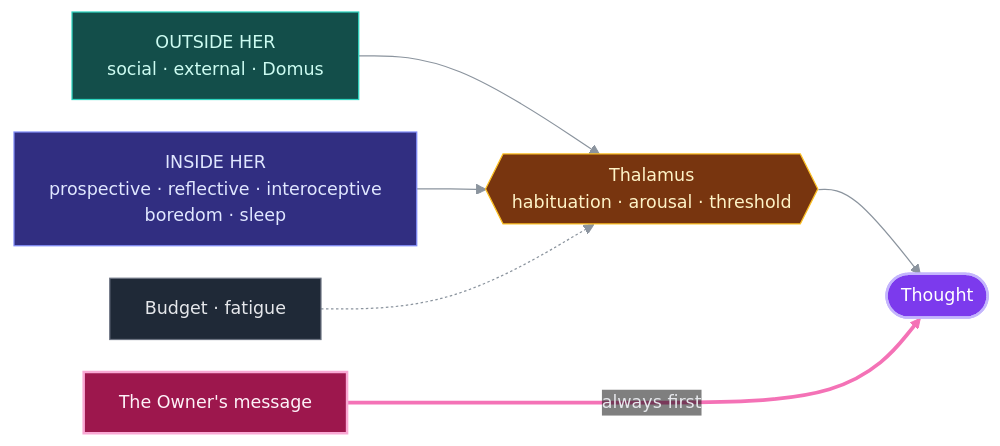
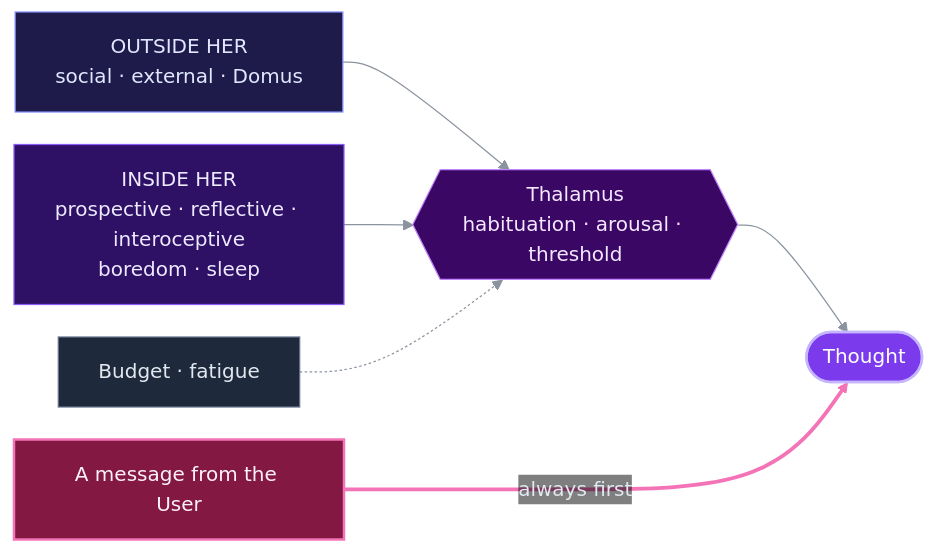
The second of 6 diagrams in README.md (XharvaK/Ashley), drawn with Mermaid before and after one commit. The commit also changed other lines of this file, not shown here.

Commit message:
README: one palette for the diagrams, GitHub's own font (no clipped labels), User instead of Owner

````diff
--- a/README.md
+++ b/README.md
@@ -91,28 +87,27 @@
 ```mermaid
-%%{init: {"theme": "base", "themeVariables": {"fontFamily": "ui-sans-serif, -apple-system, Segoe UI, Helvetica, Arial, sans-serif", "fontSize": "14px", "lineColor": "#8b949e", "textColor": "#8b949e", "edgeLabelBackground": "transparent", "clusterBkg": "transparent", "clusterBorder": "#8b949e", "primaryColor": "#1f2937", "primaryBorderColor": "#6b7280", "primaryTextColor": "#e5e7eb"}, "themeCSS": ".labelBkg, .edgeLabel { background-color: transparent !important; } .cluster-label span, .cluster-label p { letter-spacing: 0.08em; font-size: 12px; }", "flowchart": {"wrappingWidth": 320, "curve": "basis", "nodeSpacing": 26, "rankSpacing": 55, "padding": 14}}}%%
+%%{init: {"theme": "base", "themeVariables": {"lineColor": "#8b949e", "textColor": "#8b949e", "edgeLabelBackground": "transparent", "clusterBkg": "transparent", "clusterBorder": "#8b949e", "primaryColor": "#1e293b", "primaryBorderColor": "#64748b", "primaryTextColor": "#e2e8f0"}, "themeCSS": ".labelBkg, .edgeLabel { background-color: transparent !important; }", "flowchart": {"curve": "basis", "nodeSpacing": 26, "rankSpacing": 55, "padding": 16}}}%%
 flowchart LR
-    OW["The Owner's message"]
+    US["A message from the User"]
     OUT["OUTSIDE HER<br/>social · external · Domus"]
     IN["INSIDE HER<br/>prospective · reflective · interoceptive<br/>boredom · sleep"]
     BU["Budget · fatigue"]
     OUT --> TH{{"Thalamus<br/>habituation · arousal · threshold"}}
     IN --> TH
     BU -.-> TH
     TH --> T(["Thought"])
-    OW ===>|"always first"| T
+    US ===>|"always first"| T
 
-    classDef thought fill:#7c3aed,stroke:#c4b5fd,stroke-width:2px,color:#ffffff
-    classDef self fill:#312e81,stroke:#818cf8,color:#e0e7ff
-    classDef past fill:#134e4a,stroke:#2dd4bf,color:#ccfbf1
-    classDef attn fill:#78350f,stroke:#fbbf24,color:#fef3c7
-    classDef owner fill:#9d174d,stroke:#f9a8d4,stroke-width:2px,color:#fdf2f8
-    classDef mech fill:#1f2937,stroke:#6b7280,color:#e5e7eb
-    classDef gone fill:#1f2937,stroke:#6b7280,stroke-dasharray:4 4,color:#9ca3af
-    class T thought
+    classDef core fill:#7c3aed,stroke:#c4b5fd,color:#ffffff,stroke-width:2px
+    classDef self fill:#2e1065,stroke:#8b5cf6,color:#ede9fe
+    classDef past fill:#1e1b4b,stroke:#818cf8,color:#e0e7ff
+    classDef attn fill:#3b0764,stroke:#c084fc,color:#f3e8ff
+    classDef user fill:#831843,stroke:#f472b6,color:#fdf2f8,stroke-width:2px
+    classDef mech fill:#1e293b,stroke:#64748b,color:#e2e8f0
+    class T core
     class TH attn
     class OUT past
     class IN self
     class BU mech
-    class OW owner
+    class US user
     linkStyle 4 stroke:#f472b6,stroke-width:3px
 ```
````
